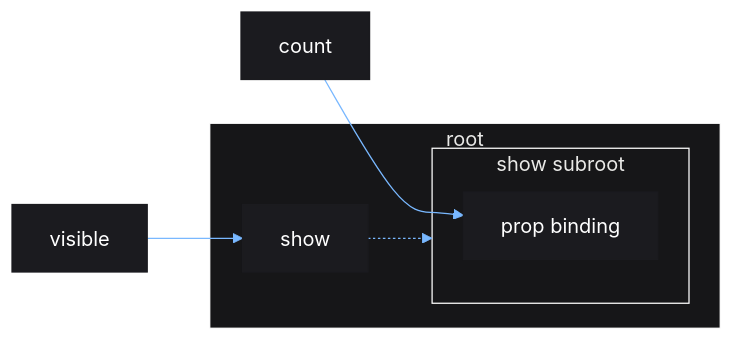
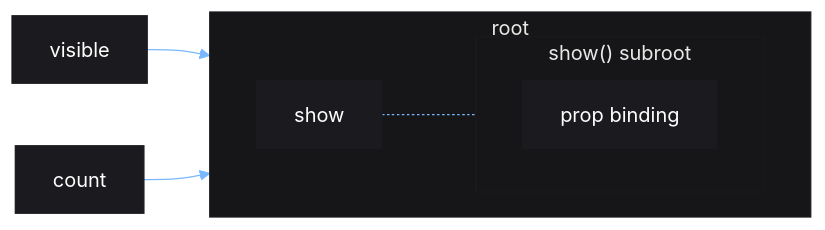
One commit to centau/vide changed the third of 3 diagrams in docs/tut/advanced/reactive-scoping.md. Above: the diagram before and after it, drawn with Mermaid. The commit also changed 13 other files, not shown here.

````diff
--- a/docs/tut/advanced/reactive-scoping.md
+++ b/docs/tut/advanced/reactive-scoping.md
@@ -198,26 +198,27 @@
 ```mermaid
 %%{init: {
     "theme": "base",
     "themeVariables": {
         "primaryColor": "#1B1B1F",
         "primaryTextColor": "#fff",
         "primaryBorderColor": "#1B1B1F",
         "lineColor": "#79B8FF",
         "tertiaryColor": "#161618",
-        "tertiaryBorderColor": "#fff"
+        "tertiaryBorderColor": "#1B1B1F"
     }
 }}%%
 
 flowchart LR
     subgraph root
+        direction LR
         show
 
-        subgraph subroot[show subroot]
+        subgraph subroot["show() subroot"]
             p1[prop binding]
         end
     end
 
     visible --> show
     count --> p1
-    show .-> subroot
+    show -.- subroot
 ```
````
